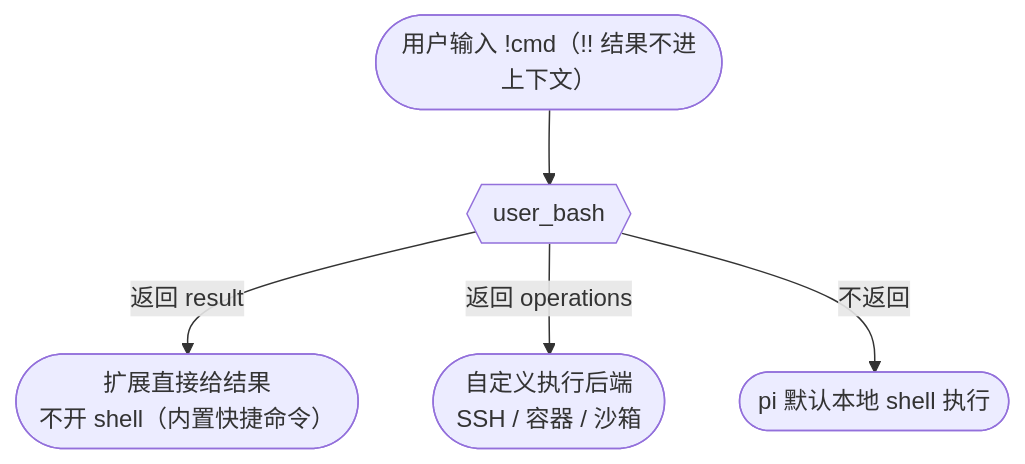
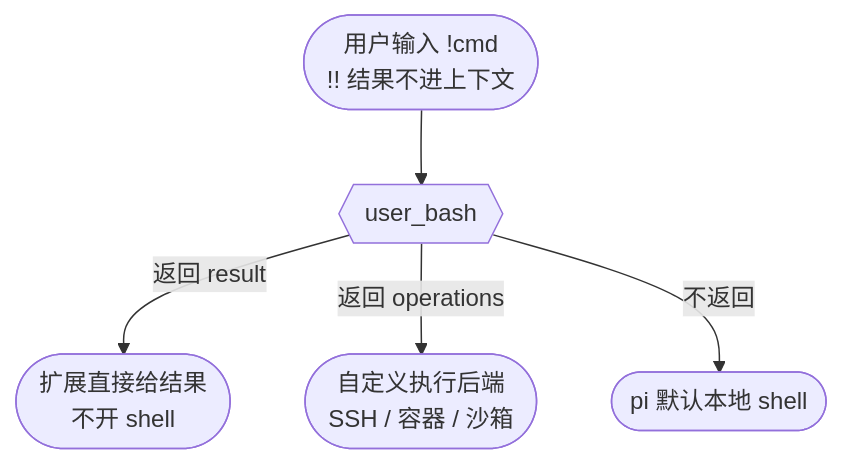
Before and after one commit to kunge2013/kunge2013.github.io: the diagram in docs/posts/pi-agent/22-hellopi-user-bash.md, drawn with Mermaid. The commit also changed 9 other files, not shown here.

First line of the commit message:
fix: 修复 mermaid 流程图中文标签溢出裁切

````diff
--- a/docs/posts/pi-agent/22-hellopi-user-bash.md
+++ b/docs/posts/pi-agent/22-hellopi-user-bash.md
@@ -26,7 +26,7 @@
 ```mermaid
 flowchart TD
-    U(["用户输入 !cmd（!! 结果不进上下文）"]) --> UB{{"user_bash"}}
-    UB -->|"返回 result"| R(["扩展直接给结果<br/>不开 shell（内置快捷命令）"])
+    U(["用户输入 !cmd<br/>!! 结果不进上下文"]) --> UB{{"user_bash"}}
+    UB -->|"返回 result"| R(["扩展直接给结果<br/>不开 shell"])
     UB -->|"返回 operations"| O(["自定义执行后端<br/>SSH / 容器 / 沙箱"])
-    UB -->|"不返回"| L(["pi 默认本地 shell 执行"])
+    UB -->|"不返回"| L(["pi 默认本地 shell"])
 ```
````
